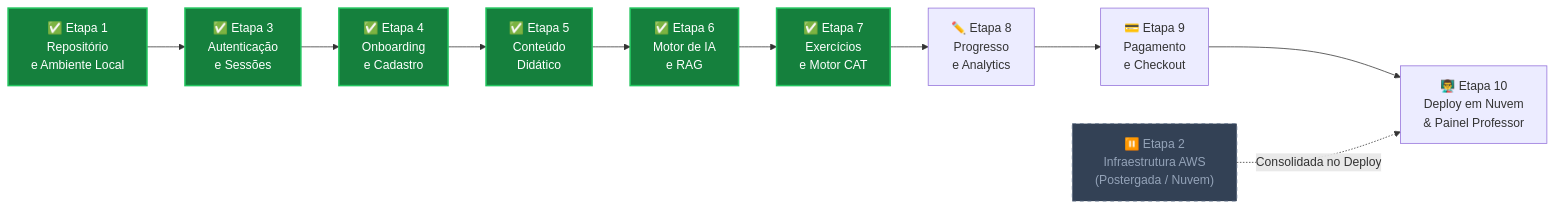
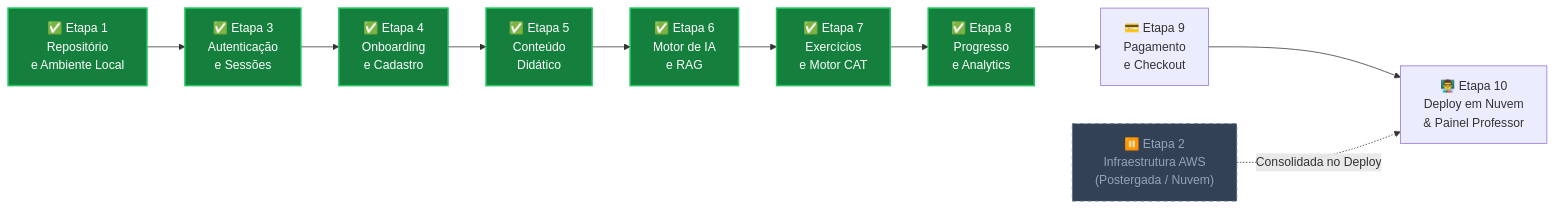
One commit to SiadeLucas/Tutor-Inteligente changed the first of 2 diagrams in docs-site/docs/implementation/index.md. Above: the diagram before and after it, drawn with Mermaid. The commit also changed other lines of this file and 32 other files, not shown here.

Commit message:
feat: etapa 8 - progresso

````diff
--- a/docs-site/docs/implementation/index.md
+++ b/docs-site/docs/implementation/index.md
@@ -54,24 +54,25 @@
 ```mermaid
 graph LR
     E1["✅ Etapa 1\nRepositório\ne Ambiente Local"]
     E2["⏸️ Etapa 2\nInfraestrutura AWS\n(Postergada / Nuvem)"]
     E3["✅ Etapa 3\nAutenticação\ne Sessões"]
     E4["✅ Etapa 4\nOnboarding\ne Cadastro"]
     E5["✅ Etapa 5\nConteúdo\nDidático"]
     E6["✅ Etapa 6\nMotor de IA\ne RAG"]
     E7["✅ Etapa 7\nExercícios\ne Motor CAT"]
-    E8["✏️ Etapa 8\nProgresso\ne Analytics"]
+    E8["✅ Etapa 8\nProgresso\ne Analytics"]
     E9["💳 Etapa 9\nPagamento\ne Checkout"]
     E10["👨‍🏫 Etapa 10\nDeploy em Nuvem\n& Painel Professor"]
 
     E1 --> E3 --> E4 --> E5 --> E6 --> E7 --> E8 --> E9 --> E10
     E2 -.->|Consolidada no Deploy| E10
 
     style E1 fill:#15803d,stroke:#22c55e,stroke-width:2px,color:#fff
     style E2 fill:#334155,stroke:#64748b,stroke-dasharray: 5 5,color:#94a3b8
     style E3 fill:#15803d,stroke:#22c55e,stroke-width:2px,color:#fff
     style E4 fill:#15803d,stroke:#22c55e,stroke-width:2px,color:#fff
     style E5 fill:#15803d,stroke:#22c55e,stroke-width:2px,color:#fff
     style E6 fill:#15803d,stroke:#22c55e,stroke-width:2px,color:#fff
     style E7 fill:#15803d,stroke:#22c55e,stroke-width:2px,color:#fff
+    style E8 fill:#15803d,stroke:#22c55e,stroke-width:2px,color:#fff
 ```
````
